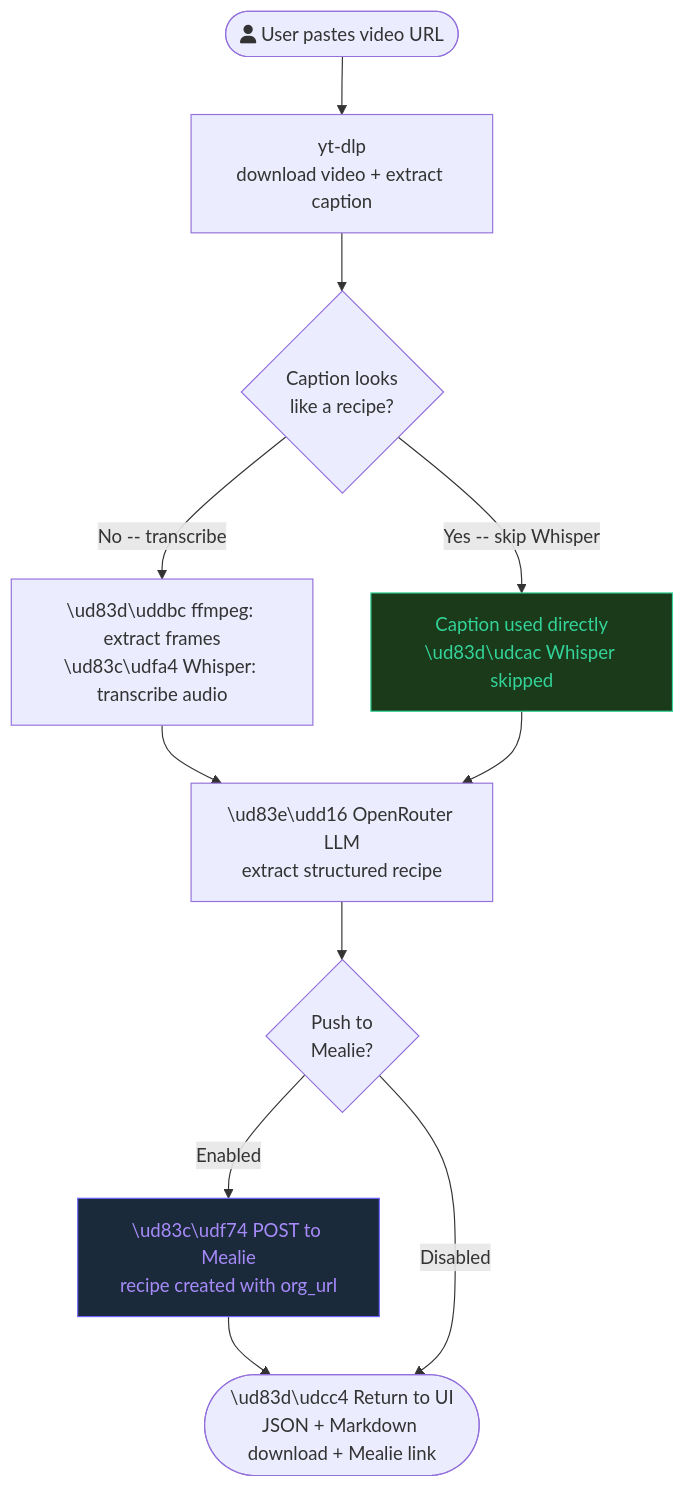
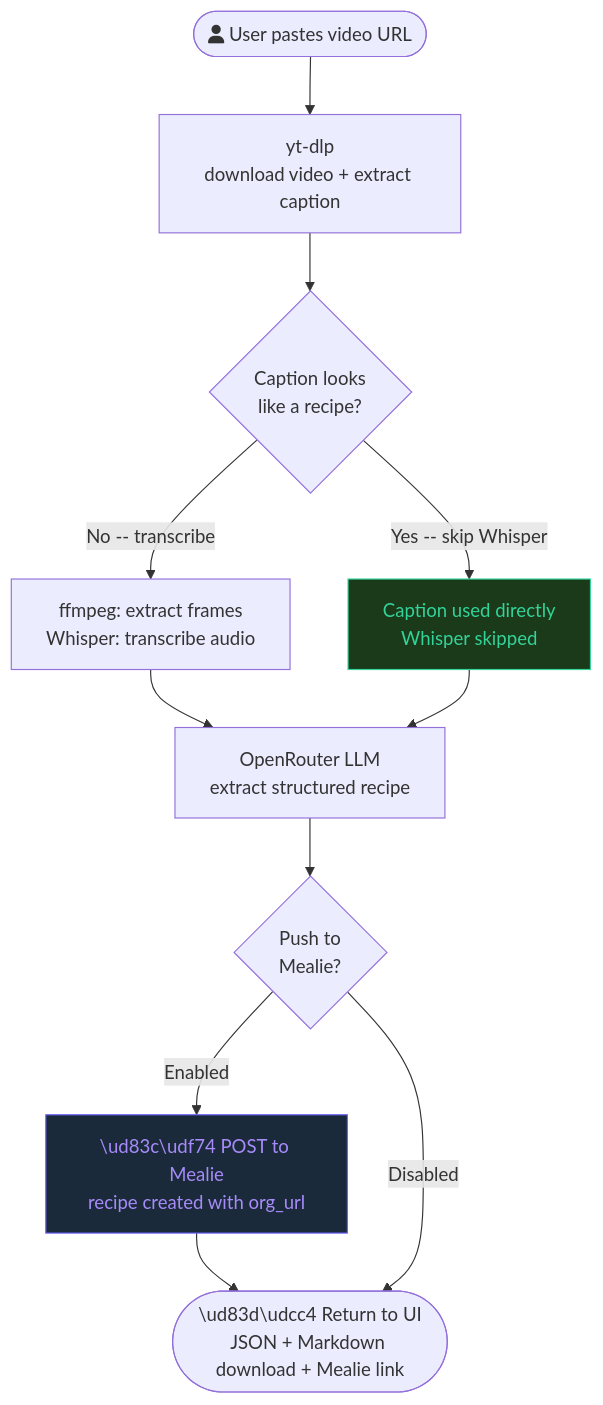
The first of 2 diagrams in README.md (leshicodes/SousVid), drawn with Mermaid before and after one commit.

Commit message:
formatting

````diff
--- a/README.md
+++ b/README.md
@@ -11,25 +11,25 @@
 ```mermaid
 flowchart TD
     A(["fa:fa-user User pastes video URL"])
     B["yt-dlp\ndownload video + extract caption"]
     C{"Caption looks\nlike a recipe?"}
-    D["\ud83d\uddbc ffmpeg: extract frames\n\ud83c\udfa4 Whisper: transcribe audio"]
-    E["Caption used directly\n\ud83d\udcac Whisper skipped"]
-    F["\ud83e\udd16 OpenRouter LLM\nextract structured recipe"]
+    D["ffmpeg: extract frames\n Whisper: transcribe audio"]
+    E["Caption used directly\n Whisper skipped"]
+    F["OpenRouter LLM\nextract structured recipe"]
     G{"Push to\nMealie?"}
     H["\ud83c\udf74 POST to Mealie\nrecipe created with org_url"]
     I(["\ud83d\udcc4 Return to UI\nJSON + Markdown download + Mealie link"])
 
     A --> B
     B --> C
     C -->|"No -- transcribe"| D
     C -->|"Yes -- skip Whisper"| E
     D --> F
     E --> F
     F --> G
     G -->|"Enabled"| H --> I
     G -->|"Disabled"| I
 
     style E fill:#1a3a1a,stroke:#34d399,color:#34d399
     style H fill:#1a2a3a,stroke:#6c63ff,color:#a78bfa
 ```
````
